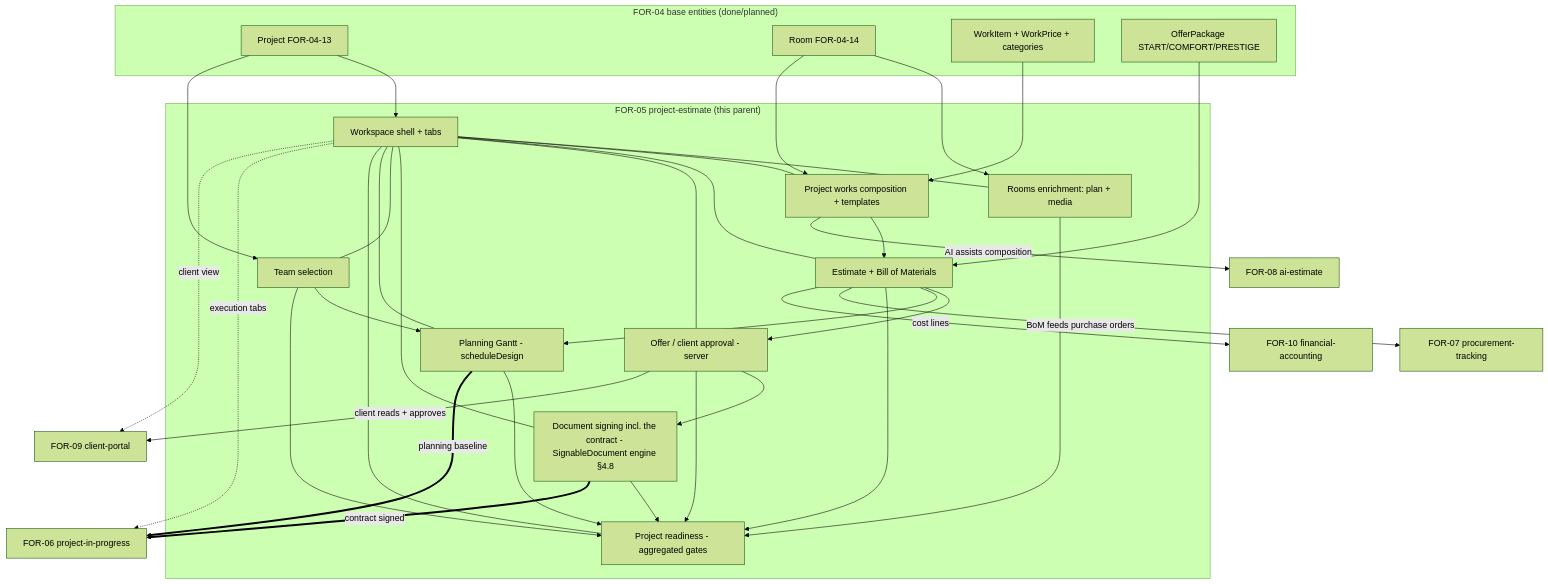
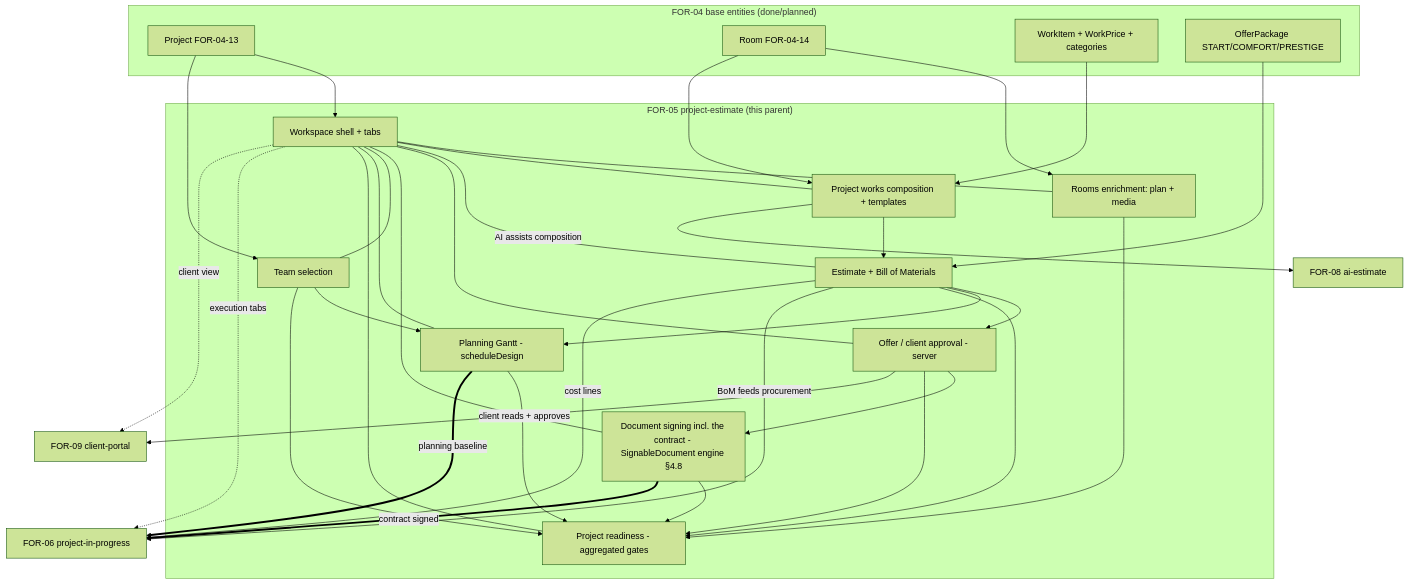
The first of 5 diagrams in .kiro/specs/FOR-05-project-estimate/design.md (ctoloaders/foremen), drawn with Mermaid (forest theme) before and after one commit. The commit also changed other lines of this file and 87 other files, not shown here.

````diff
--- a/.kiro/specs/FOR-05-project-estimate/design.md
+++ b/.kiro/specs/FOR-05-project-estimate/design.md
@@ -243,58 +240,58 @@
 ```mermaid
 graph TD
     subgraph FOR04["FOR-04 base entities (done/planned)"]
       P[Project FOR-04-13]
       R[Room FOR-04-14]
       WC[WorkItem + WorkPrice + categories]
       PK[OfferPackage START/COMFORT/PRESTIGE]
     end
 
     subgraph FOR05["FOR-05 project-estimate (this parent)"]
       WS[Workspace shell + tabs]
       RM[Rooms enrichment: plan + media]
       WK[Project works composition + templates]
       EST[Estimate + Bill of Materials]
       APR[Offer / client approval - server]
       SIG[Document signing incl. the contract - SignableDocument engine §4.8]
       TEAM[Team selection]
       GANTT[Planning Gantt - scheduleDesign]
       READY[Project readiness - aggregated gates]
     end
 
     P --> WS
     R --> RM
     WC --> WK
     WK --> EST
     PK --> EST
     R --> WK
     EST --> APR
     APR --> SIG
     P --> TEAM
     EST --> GANTT
     TEAM --> GANTT
     RM --> READY
     EST --> READY
     APR --> READY
     SIG --> READY
     TEAM --> READY
     GANTT --> READY
 
     WS --- RM
     WS --- WK
     WS --- EST
     WS --- APR
     WS --- SIG
     WS --- TEAM
     WS --- GANTT
     WS --- READY
 
     SIG ==>|contract signed| F06[FOR-06 project-in-progress]
     GANTT ==>|planning baseline| F06
-    EST -->|BoM feeds purchase orders| F07[FOR-07 procurement-tracking]
+    EST -->|BoM feeds procurement| F06
     WK  -->|AI assists composition| F08[FOR-08 ai-estimate]
     APR -->|client reads + approves| F09[FOR-09 client-portal]
-    EST -->|cost lines| F10[FOR-10 financial-accounting]
+    EST -->|cost lines| F06
 
     WS -.execution tabs.-> F06
     WS -.client view.-> F09
 ```
````
